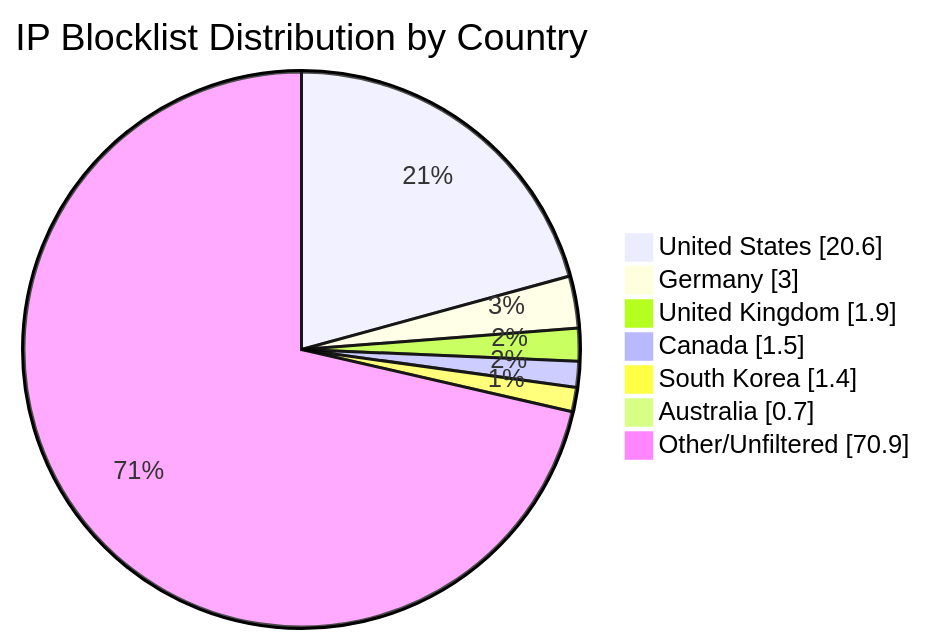
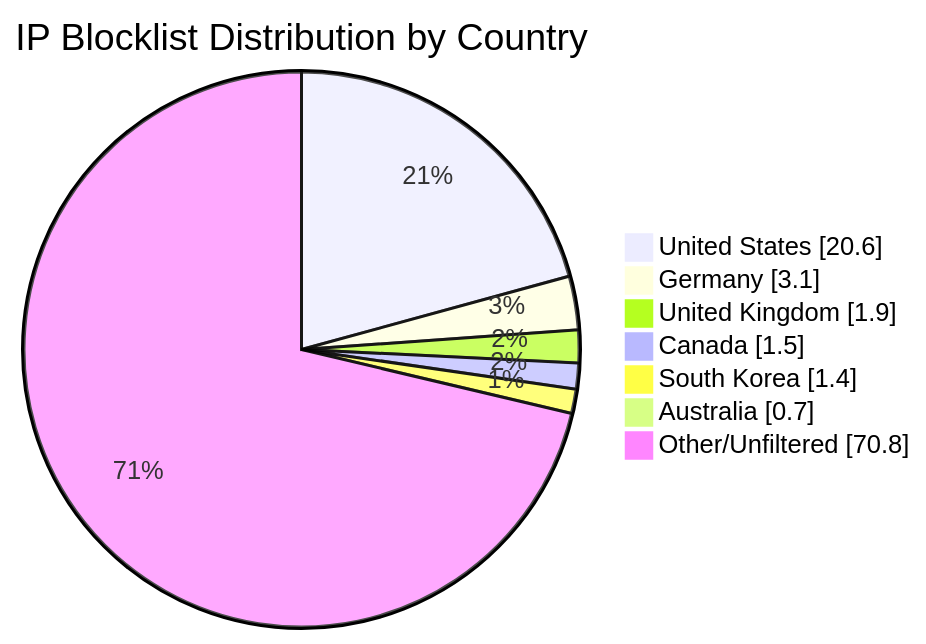
Before and after one commit to MarcusHoltz/ipblocklist-geofiltered-aggregator: the diagram in README.md, drawn with Mermaid. The commit also changed other lines of this file and 9 other files, not shown here.

````diff
--- a/README.md
+++ b/README.md
@@ -34,10 +34,10 @@
 ```mermaid
 pie showData title IP Blocklist Distribution by Country
 "United States" : 20.6
-"Germany" : 3.0
+"Germany" : 3.1
 "United Kingdom" : 1.9
 "Canada" : 1.5
 "South Korea" : 1.4
 "Australia" : 0.7
-"Other/Unfiltered" : 70.9
+"Other/Unfiltered" : 70.8
 ```
````
